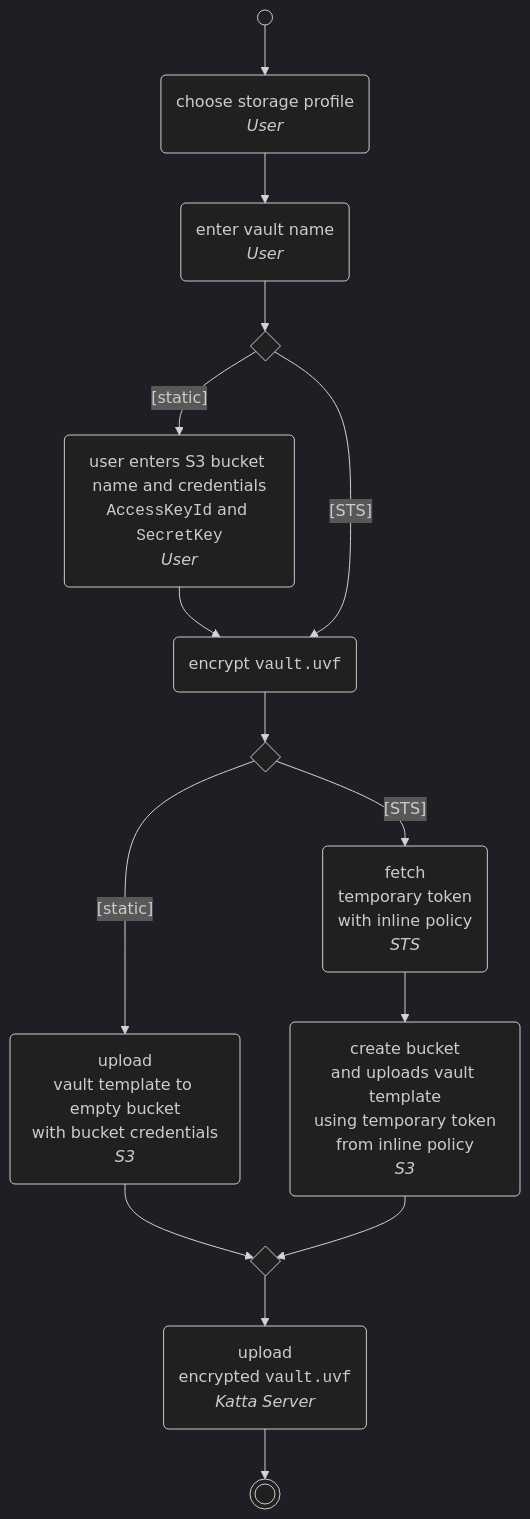
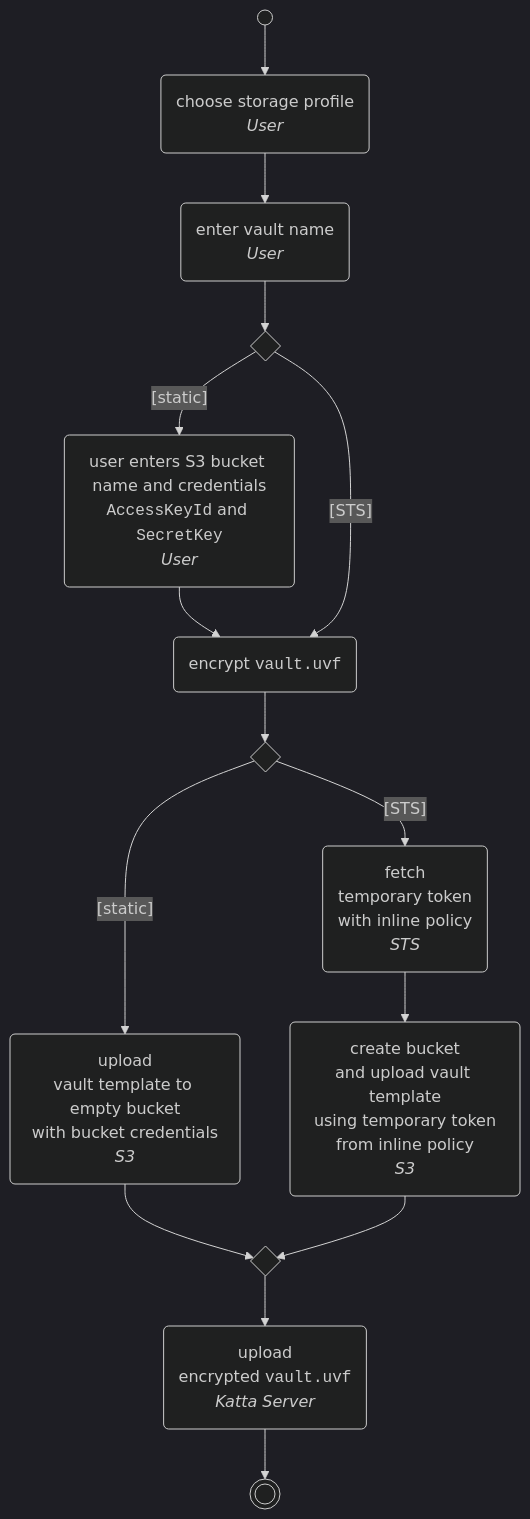
Before and after one commit to shift7-ch/katta-docs: the third of 3 diagrams in docs/architecture/vault-creation.md, drawn with Mermaid (dark theme).

````diff
--- a/docs/architecture/vault-creation.md
+++ b/docs/architecture/vault-creation.md
@@ -90,24 +90,24 @@
 ```mermaid
 flowchart TB
     start(( ))
     profile("choose storage profile<br/><i>User</i>")
     name("enter vault name<br/><i>User</i>")
     mode1{" "}
     creds("user enters S3 bucket name and credentials<br/><code>AccessKeyId</code> and <code>SecretKey</code><br/><i>User</i>")
     encrypt("encrypt <code>vault.uvf</code>")
     mode2{" "}
     staticUpload("upload<br/>vault template to empty bucket<br/>with bucket credentials<br/><i>S3</i>")
     stsToken("fetch<br/>temporary token<br/>with inline policy<br/><i>STS</i>")
-    stsUpload("create bucket<br/>and uploads vault template<br/>using temporary token<br/>from inline policy<br/><i>S3</i>")
+    stsUpload("create bucket<br/>and upload vault template<br/>using temporary token<br/>from inline policy<br/><i>S3</i>")
     join{" "}
     final("upload<br/>encrypted <code>vault.uvf</code><br/><i>Katta Server</i>")
     stop((( )))
 
     start --> profile --> name --> mode1
     mode1 -- "[static]" --> creds --> encrypt
     mode1 -- "[STS]" --> encrypt
     encrypt --> mode2
     mode2 -- "[static]" --> staticUpload --> join
     mode2 -- "[STS]" --> stsToken --> stsUpload --> join
     join --> final --> stop
 ```
````
